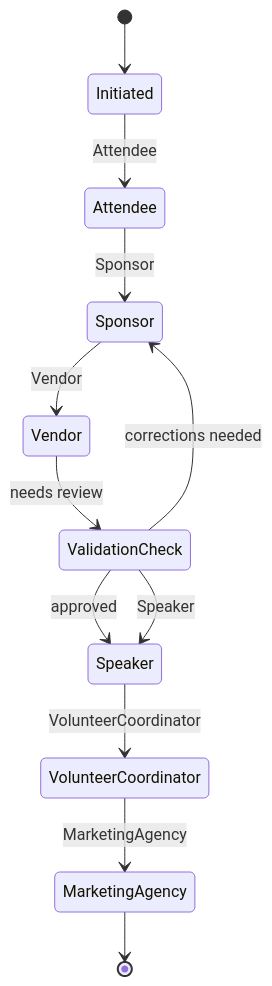
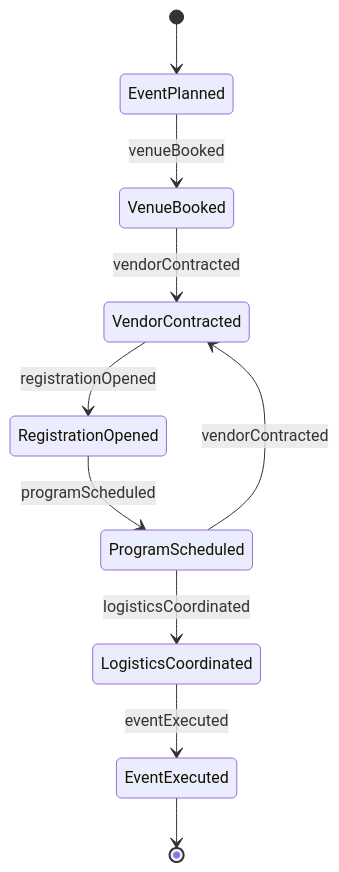
Before and after one commit to dot-org-ai/tasks.org.ai: the second of 4 diagrams in GuidingDirectingAndMotivatingSubordinates/CoordinateGroupCommunityOrPublicActivities/CoordinateSpecialEventsPrograms.mdx, drawn with Mermaid. The commit also changed other lines of this file and 515 other files, not shown here.

````diff
--- a/GuidingDirectingAndMotivatingSubordinates/CoordinateGroupCommunityOrPublicActivities/CoordinateSpecialEventsPrograms.mdx
+++ b/GuidingDirectingAndMotivatingSubordinates/CoordinateGroupCommunityOrPublicActivities/CoordinateSpecialEventsPrograms.mdx
@@ -108,14 +103,12 @@
 ```mermaid
 stateDiagram-v2
-    [*] --> Initiated
-    Initiated --> Attendee: Attendee
-    Attendee --> Sponsor: Sponsor
-    Sponsor --> Vendor: Vendor
-    Vendor --> ValidationCheck: needs review
-    ValidationCheck --> Sponsor: corrections needed
-    ValidationCheck --> Speaker: approved
-    ValidationCheck --> Speaker: Speaker
-    Speaker --> VolunteerCoordinator: VolunteerCoordinator
-    VolunteerCoordinator --> MarketingAgency: MarketingAgency
-    MarketingAgency --> [*]
+    [*] --> EventPlanned
+    EventPlanned --> VenueBooked : venueBooked
+    VenueBooked --> VendorContracted : vendorContracted
+    VendorContracted --> RegistrationOpened : registrationOpened
+    RegistrationOpened --> ProgramScheduled : programScheduled
+    ProgramScheduled --> LogisticsCoordinated : logisticsCoordinated
+    LogisticsCoordinated --> EventExecuted : eventExecuted
+    ProgramScheduled --> VendorContracted : vendorContracted
+    EventExecuted --> [*]
 ```
````
